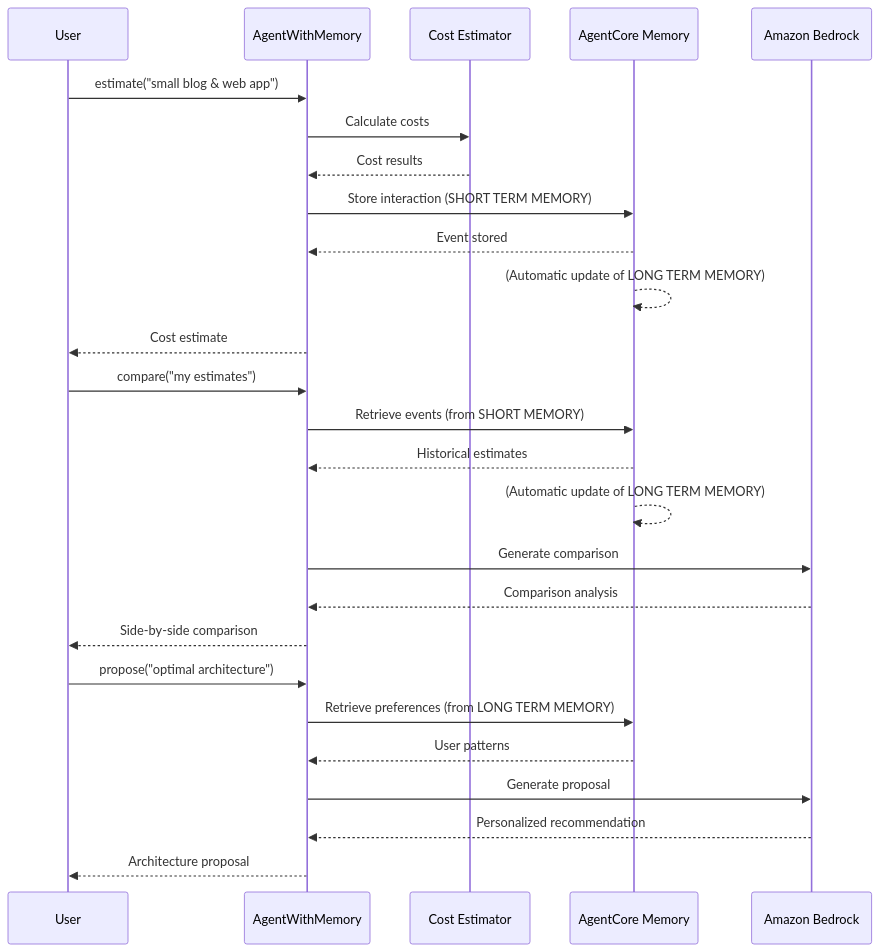
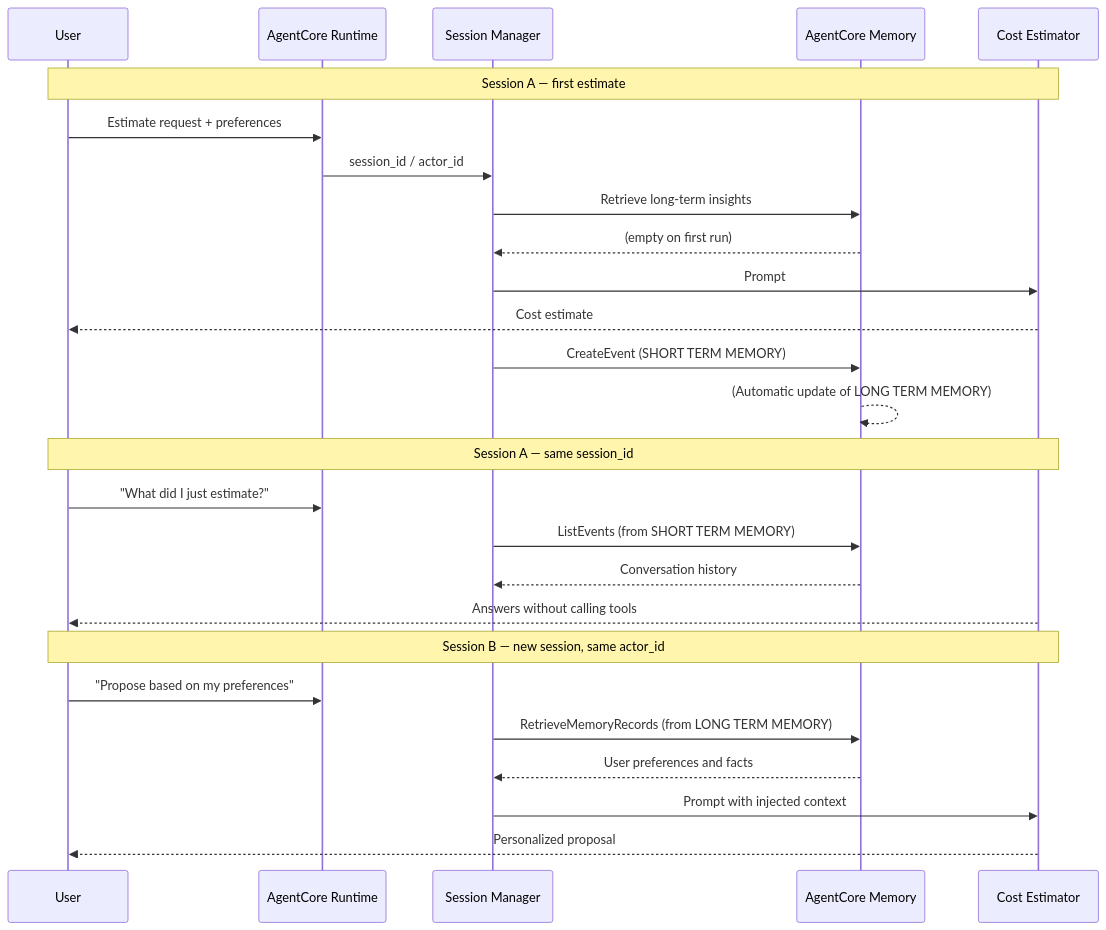
One commit to aws-samples/sample-amazon-bedrock-agentcore-onboarding changed the diagram in 03_memory/README_ja.md. Above: the diagram before and after it, drawn with Mermaid. The commit also changed other lines of this file and 68 other files, not shown here.

First line of the commit message:
feat: migrate labs from Starter Toolkit to AgentCore CLI

````diff
--- a/03_memory/README_ja.md
+++ b/03_memory/README_ja.md
@@ -9,31 +9,31 @@
 ```mermaid
 sequenceDiagram
     participant User as User
-    participant Agent as AgentWithMemory
-    participant Estimator as Cost Estimator
+    participant Runtime as AgentCore Runtime
+    participant SM as Session Manager
     participant Memory as AgentCore Memory
-    participant Bedrock as Amazon Bedrock
+    participant Agent as Cost Estimator
 
-    User->>Agent: estimate("small blog & web app")
-    Agent->>Estimator: Calculate costs
-    Estimator-->>Agent: Cost results
-    Agent->>Memory: Store interaction (SHORT TERM MEMORY)
-    Memory-->>Agent: Event stored
+    Note over User,Agent: Session A — first estimate
+    User->>Runtime: Estimate request + preferences
+    Runtime->>SM: session_id / actor_id
+    SM->>Memory: Retrieve long-term insights
+    Memory-->>SM: (empty on first run)
+    SM->>Agent: Prompt
+    Agent-->>User: Cost estimate
+    SM->>Memory: CreateEvent (SHORT TERM MEMORY)
     Memory-->>Memory: (Automatic update of LONG TERM MEMORY)
-    Agent-->>User: Cost estimate
 
-    User->>Agent: compare("my estimates")
-    Agent->>Memory: Retrieve events (from SHORT MEMORY)
-    Memory-->>Agent: Historical estimates
-    Memory-->>Memory: (Automatic update of LONG TERM MEMORY)
-    Agent->>Bedrock: Generate comparison
-    Bedrock-->>Agent: Comparison analysis
-    Agent-->>User: Side-by-side comparison
+    Note over User,Agent: Session A — same session_id
+    User->>Runtime: "What did I just estimate?"
+    SM->>Memory: ListEvents (from SHORT TERM MEMORY)
+    Memory-->>SM: Conversation history
+    Agent-->>User: Answers without calling tools
 
-    User->>Agent: propose("optimal architecture")
-    Agent->>Memory: Retrieve preferences (from LONG TERM MEMORY)
-    Memory-->>Agent: User patterns
-    Agent->>Bedrock: Generate proposal
-    Bedrock-->>Agent: Personalized recommendation
-    Agent-->>User: Architecture proposal
+    Note over User,Agent: Session B — new session, same actor_id
+    User->>Runtime: "Propose based on my preferences"
+    SM->>Memory: RetrieveMemoryRecords (from LONG TERM MEMORY)
+    Memory-->>SM: User preferences and facts
+    SM->>Agent: Prompt with injected context
+    Agent-->>User: Personalized proposal
 ```
````
